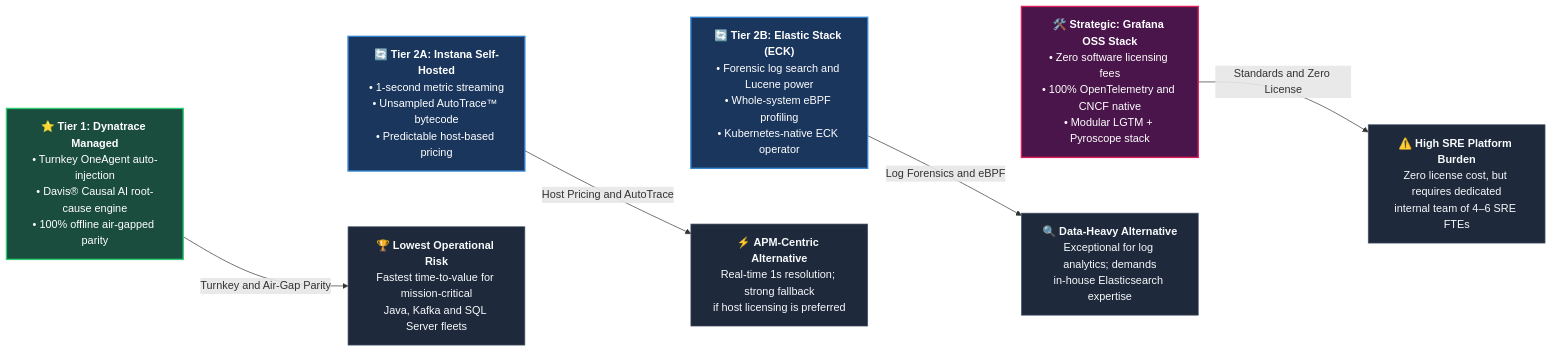
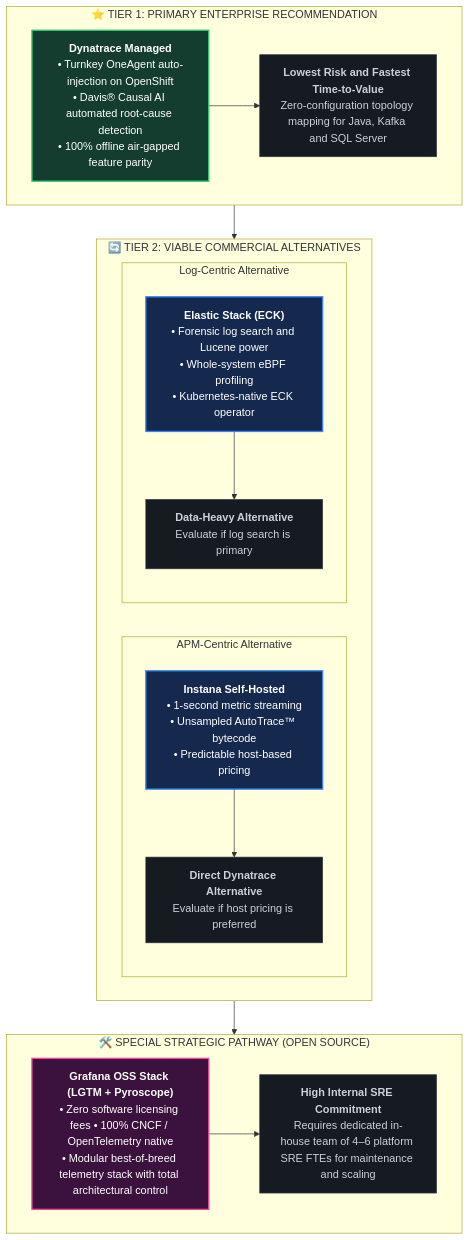
The sixth of 7 diagrams in README.md (nubenetes/observability-platforms-comparison), drawn with Mermaid before and after one commit.

Commit message:
fix(docs): redesign Section 8 mermaid diagram with spacious tiered containers preventing text cutoff

````diff
--- a/README.md
+++ b/README.md
@@ -247,31 +247,35 @@
 ```mermaid
-flowchart LR
-    classDef t1 fill:#1b4d3e,stroke:#2ecc71,stroke-width:2px,color:#fff;
-    classDef t2 fill:#1a365d,stroke:#3182ce,stroke-width:2px,color:#fff;
-    classDef toss fill:#4a154b,stroke:#e01e5a,stroke-width:2px,color:#fff;
-    classDef out fill:#1e293b,stroke:#475569,stroke-width:1px,color:#f8fafc;
+flowchart TD
+    classDef t1 fill:#143d30,stroke:#2ecc71,stroke-width:2px,color:#fff;
+    classDef t2 fill:#14294d,stroke:#3b82f6,stroke-width:2px,color:#fff;
+    classDef toss fill:#3b123d,stroke:#ec4899,stroke-width:2px,color:#fff;
+    classDef out fill:#161b22,stroke:#30363d,stroke-width:1px,color:#c9d1d9;
 
-    T1["⭐ <b>Tier 1: Dynatrace Managed</b><br/>• Turnkey OneAgent auto-injection<br/>• Davis® Causal AI root-cause engine<br/>• 100% offline air-gapped parity"]:::t1
+    subgraph T1_Box [" ⭐ TIER 1: PRIMARY ENTERPRISE RECOMMENDATION "]
+        T1["<b>Dynatrace Managed</b><br/>• Turnkey OneAgent auto-injection on OpenShift<br/>• Davis® Causal AI automated root-cause detection<br/>• 100% offline air-gapped feature parity"]:::t1
+        O1["<b>Lowest Risk and Fastest Time-to-Value</b><br/>Zero-configuration topology mapping for Java, Kafka and SQL Server"]:::out
+        T1 --> O1
+    end
 
-    T2A["🔄 <b>Tier 2A: Instana Self-Hosted</b><br/>• 1-second metric streaming<br/>• Unsampled AutoTrace™ bytecode<br/>• Predictable host-based pricing"]:::t2
+    subgraph T2_Box [" 🔄 TIER 2: VIABLE COMMERCIAL ALTERNATIVES "]
+        subgraph T2A_Box ["APM-Centric Alternative"]
+            T2A["<b>Instana Self-Hosted</b><br/>• 1-second metric streaming<br/>• Unsampled AutoTrace™ bytecode<br/>• Predictable host-based pricing"]:::t2
+            O2A["<b>Direct Dynatrace Alternative</b><br/>Evaluate if host pricing is preferred"]:::out
+            T2A --> O2A
+        end
+        subgraph T2B_Box ["Log-Centric Alternative"]
+            T2B["<b>Elastic Stack (ECK)</b><br/>• Forensic log search and Lucene power<br/>• Whole-system eBPF profiling<br/>• Kubernetes-native ECK operator"]:::t2
+            O2B["<b>Data-Heavy Alternative</b><br/>Evaluate if log search is primary"]:::out
+            T2B --> O2B
+        end
+    end
 
-    T2B["🔄 <b>Tier 2B: Elastic Stack (ECK)</b><br/>• Forensic log search and Lucene power<br/>• Whole-system eBPF profiling<br/>• Kubernetes-native ECK operator"]:::t2
+    subgraph TOSS_Box [" 🛠️ SPECIAL STRATEGIC PATHWAY (OPEN SOURCE) "]
+        TOSS["<b>Grafana OSS Stack (LGTM + Pyroscope)</b><br/>• Zero software licensing fees • 100% CNCF / OpenTelemetry native<br/>• Modular best-of-breed telemetry stack with total architectural control"]:::toss
+        O3["<b>High Internal SRE Commitment</b><br/>Requires dedicated in-house team of 4–6 platform SRE FTEs for maintenance and scaling"]:::out
+        TOSS --> O3
+    end
 
-    TOSS["🛠️ <b>Strategic: Grafana OSS Stack</b><br/>• Zero software licensing fees<br/>• 100% OpenTelemetry and CNCF native<br/>• Modular LGTM + Pyroscope stack"]:::toss
-
-    O1["🏆 <b>Lowest Operational Risk</b><br/>Fastest time-to-value for mission-critical<br/>Java, Kafka and SQL Server fleets"]:::out
-
-    O2A["⚡ <b>APM-Centric Alternative</b><br/>Real-time 1s resolution; strong fallback<br/>if host licensing is preferred"]:::out
-
-    O2B["🔍 <b>Data-Heavy Alternative</b><br/>Exceptional for log analytics; demands<br/>in-house Elasticsearch expertise"]:::out
-
-    O3["⚠️ <b>High SRE Platform Burden</b><br/>Zero license cost, but requires dedicated<br/>internal team of 4–6 SRE FTEs"]:::out
-
-    T1 -->|Turnkey and Air-Gap Parity| O1
-    T2A -->|Host Pricing and AutoTrace| O2A
-    T2B -->|Log Forensics and eBPF| O2B
-    TOSS -->|Standards and Zero License| O3
-
-    T1 ~~~ T2A ~~~ T2B ~~~ TOSS
-    O1 ~~~ O2A ~~~ O2B ~~~ O3
+    T1_Box --> T2_Box
+    T2_Box --> TOSS_Box
 ```
````
